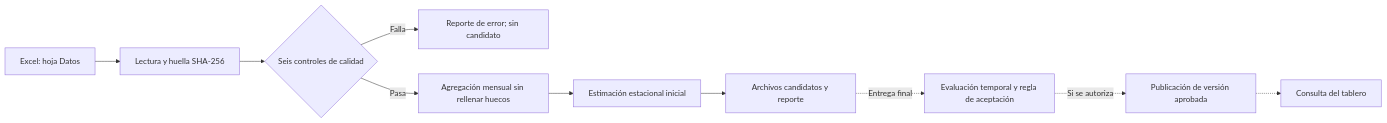
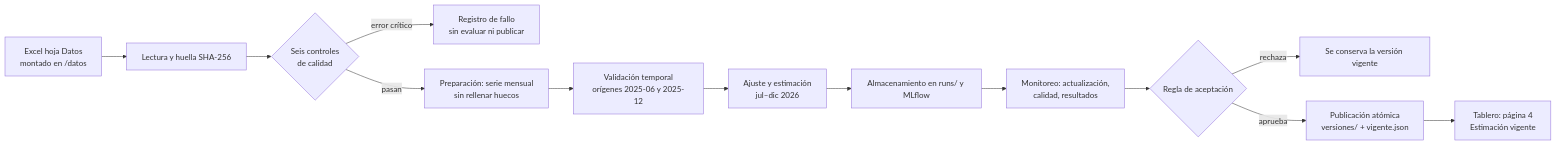
The diagram in lab11/README.md (rodrigoajmac/CC3084_Laboratorio_1), drawn with Mermaid before and after one commit. The commit also changed other lines of this file and 11 other files, not shown here.

Commit message:
Documentar el laboratorio 11 y agregar el informe tecnico con validacion, regla y evidencia de fallo y recuperacion

````diff
--- a/lab11/README.md
+++ b/lab11/README.md
@@ -17,12 +30,15 @@
 ```mermaid
 flowchart LR
-    A[Excel: hoja Datos] --> B[Lectura y huella SHA-256]
-    B --> C{Seis controles de calidad}
-    C -- Falla --> X[Reporte de error; sin candidato]
-    C -- Pasa --> D[Agregación mensual sin rellenar huecos]
-    D --> E[Estimación estacional inicial]
-    E --> F[Archivos candidatos y reporte]
-    F -. Entrega final .-> G[Evaluación temporal y regla de aceptación]
-    G -. Si se autoriza .-> H[Publicación de versión aprobada]
-    H -.-> I[Consulta del tablero]
+    A[Excel hoja Datos<br>montado en /datos] --> B[Lectura y huella SHA-256]
+    B --> C{Seis controles<br>de calidad}
+    C -- error crítico --> X[Registro de fallo<br>sin evaluar ni publicar]
+    C -- pasan --> D[Preparación: serie mensual<br>sin rellenar huecos]
+    D --> E[Validación temporal<br>orígenes 2025-06 y 2025-12]
+    E --> F[Ajuste y estimación<br>jul–dic 2026]
+    F --> G[Almacenamiento en runs/ y MLflow]
+    G --> H[Monitoreo: actualización,<br>calidad, resultados]
+    H --> I{Regla de aceptación}
+    I -- rechaza --> Y[Se conserva la versión vigente]
+    I -- aprueba --> J[Publicación atómica<br>versiones/ + vigente.json]
+    J --> K[Tablero: página 4<br>Estimación vigente]
 ```
````
